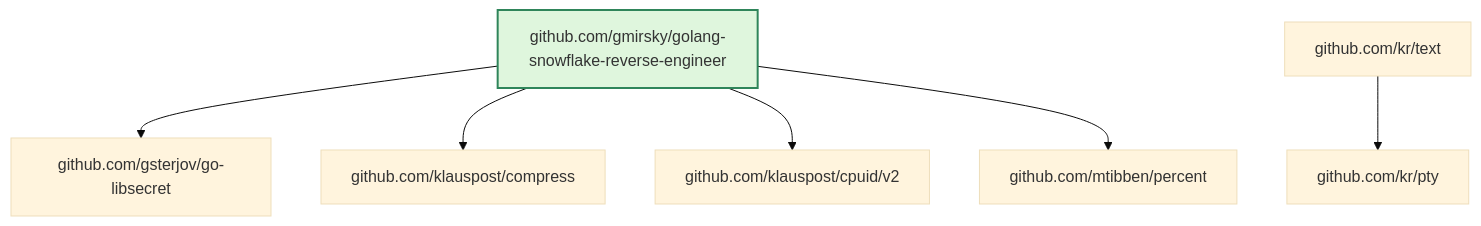
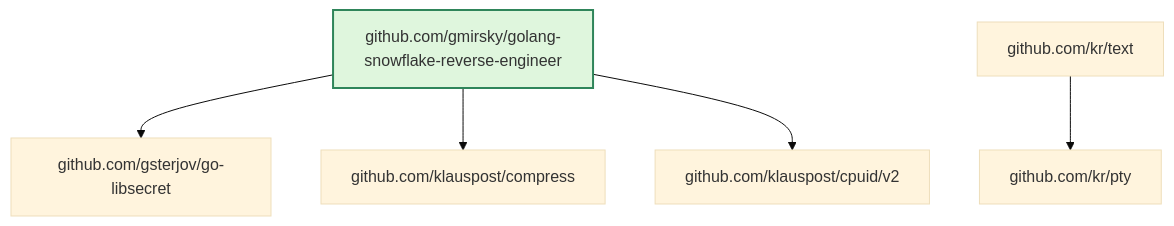
Before and after one commit to gmirsky/golang-snowflake-reverse-engineer: the fifth of 8 diagrams in README.md, drawn with Mermaid (base theme). The commit also changed other lines of this file, not shown here.

Commit message:
feat: update dependency graph in README.md to include go-sqlmock and reorganize sections

````diff
--- a/README.md
+++ b/README.md
@@ -1093,17 +1108,15 @@
 ```mermaid
 flowchart TD
   classDef root fill:#dff6dd,stroke:#2f855a,stroke-width:2px
   N1["github.com/gmirsky/golang-snowflake-reverse-engineer"]
   class N1 root
   N2["github.com/gsterjov/go-libsecret"]
   N3["github.com/klauspost/compress"]
   N4["github.com/klauspost/cpuid/v2"]
   N5["github.com/kr/pty"]
   N6["github.com/kr/text"]
-  N7["github.com/mtibben/percent"]
   N1 --> N2
   N1 --> N3
   N1 --> N4
-  N1 --> N7
   N6 --> N5
 ```
````
